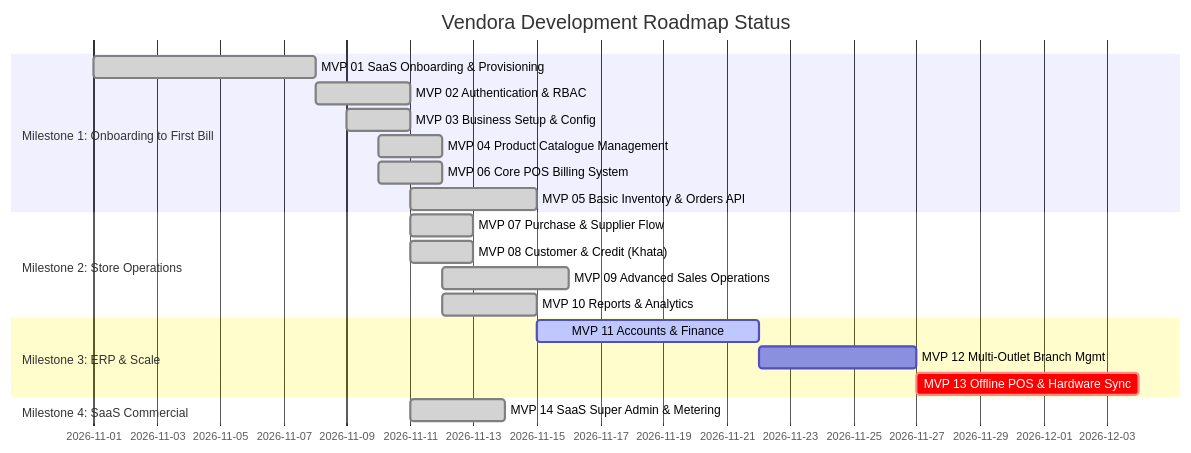
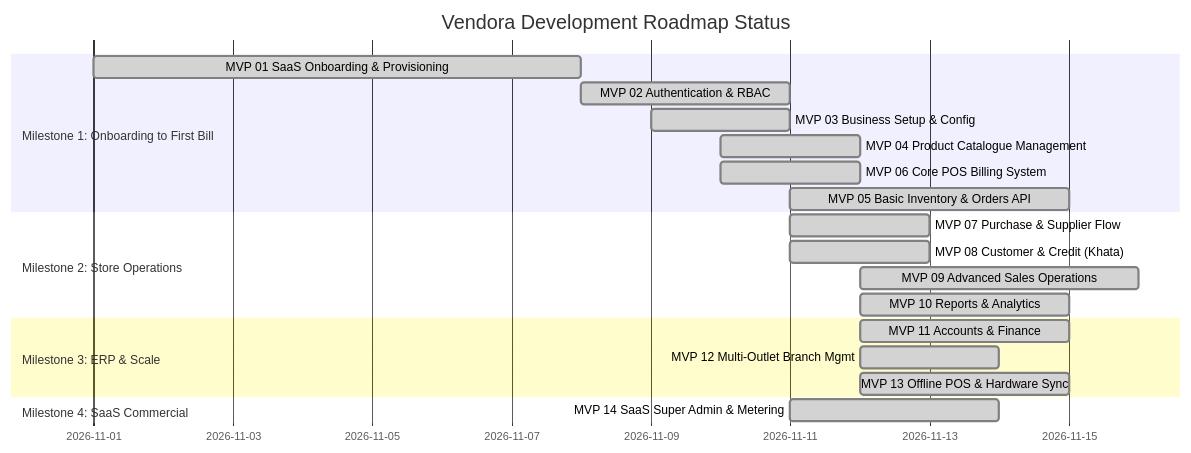
The diagram in docs/ROADMAP.md (Pandi2352/vendora-Vend-Aura-), drawn with Mermaid before and after one commit. The commit also changed other lines of this file and 50 other files, not shown here.

````diff
--- a/docs/ROADMAP.md
+++ b/docs/ROADMAP.md
@@ -371,23 +371,23 @@
 ```mermaid
 gantt
     title Vendora Development Roadmap Status
     dateFormat  YYYY-MM-DD
     section Milestone 1: Onboarding to First Bill
     MVP 01 SaaS Onboarding & Provisioning   :done,    m1_1, 2026-11-01, 7d
     MVP 02 Authentication & RBAC            :done,    m1_2, 2026-11-08, 3d
     MVP 03 Business Setup & Config         :done,    m1_3, 2026-11-09, 2d
     MVP 04 Product Catalogue Management     :done,    m1_4, 2026-11-10, 2d
     MVP 06 Core POS Billing System          :done,    m1_6, 2026-11-10, 2d
     MVP 05 Basic Inventory & Orders API    :done,    m1_5, 2026-11-11, 4d
     section Milestone 2: Store Operations
     MVP 07 Purchase & Supplier Flow        :done,    m2_1, 2026-11-11, 2d
     MVP 08 Customer & Credit (Khata)       :done,    m2_2, 2026-11-11, 2d
     MVP 09 Advanced Sales Operations       :done,    m2_3, 2026-11-12, 4d
     MVP 10 Reports & Analytics             :done,    m2_4, 2026-11-12, 3d
     section Milestone 3: ERP & Scale
-    MVP 11 Accounts & Finance              :active,  m3_1, after m2_4, 7d
-    MVP 12 Multi-Outlet Branch Mgmt        :         m3_2, after m3_1, 5d
-    MVP 13 Offline POS & Hardware Sync     :crit,    m3_3, after m3_2, 7d
+    MVP 11 Accounts & Finance              :done,    m3_1, 2026-11-12, 3d
+    MVP 12 Multi-Outlet Branch Mgmt        :done,    m3_2, 2026-11-12, 2d
+    MVP 13 Offline POS & Hardware Sync     :done,    m3_3, 2026-11-12, 3d
     section Milestone 4: SaaS Commercial
     MVP 14 SaaS Super Admin & Metering     :done,    m4_1, 2026-11-11, 3d
 ```
````
